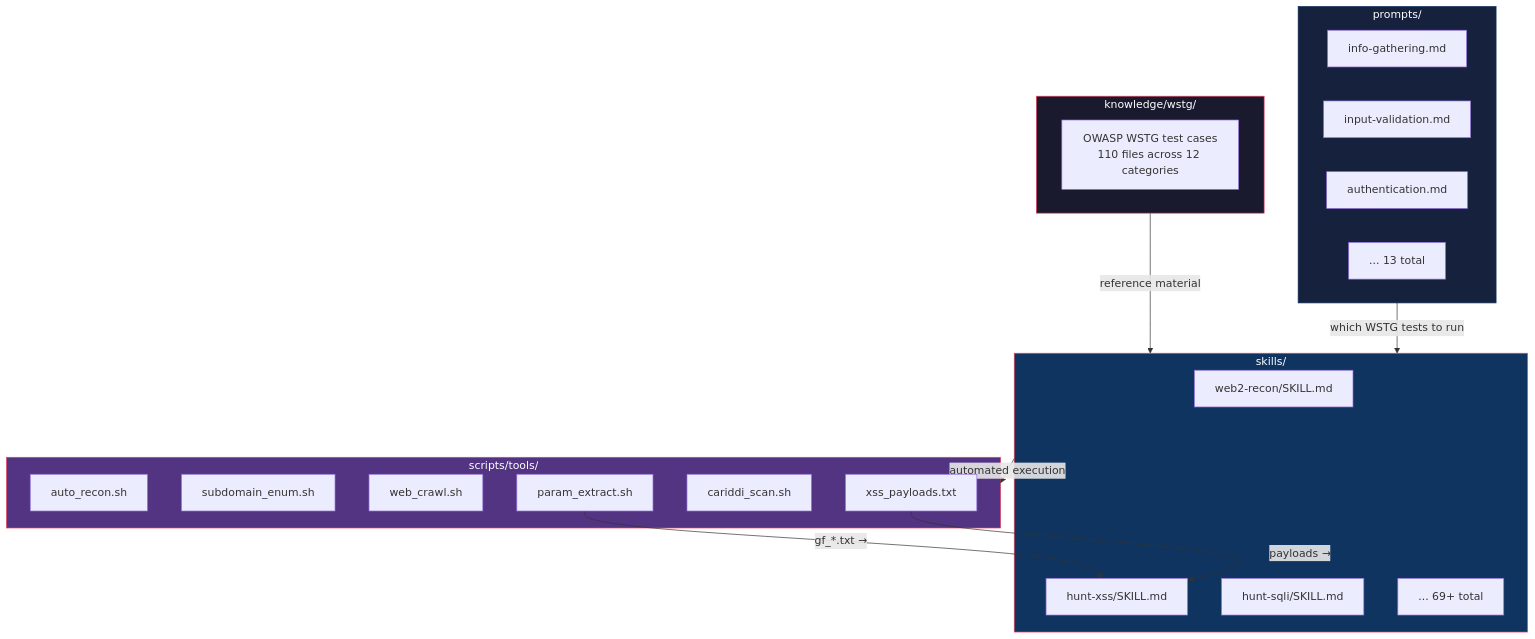
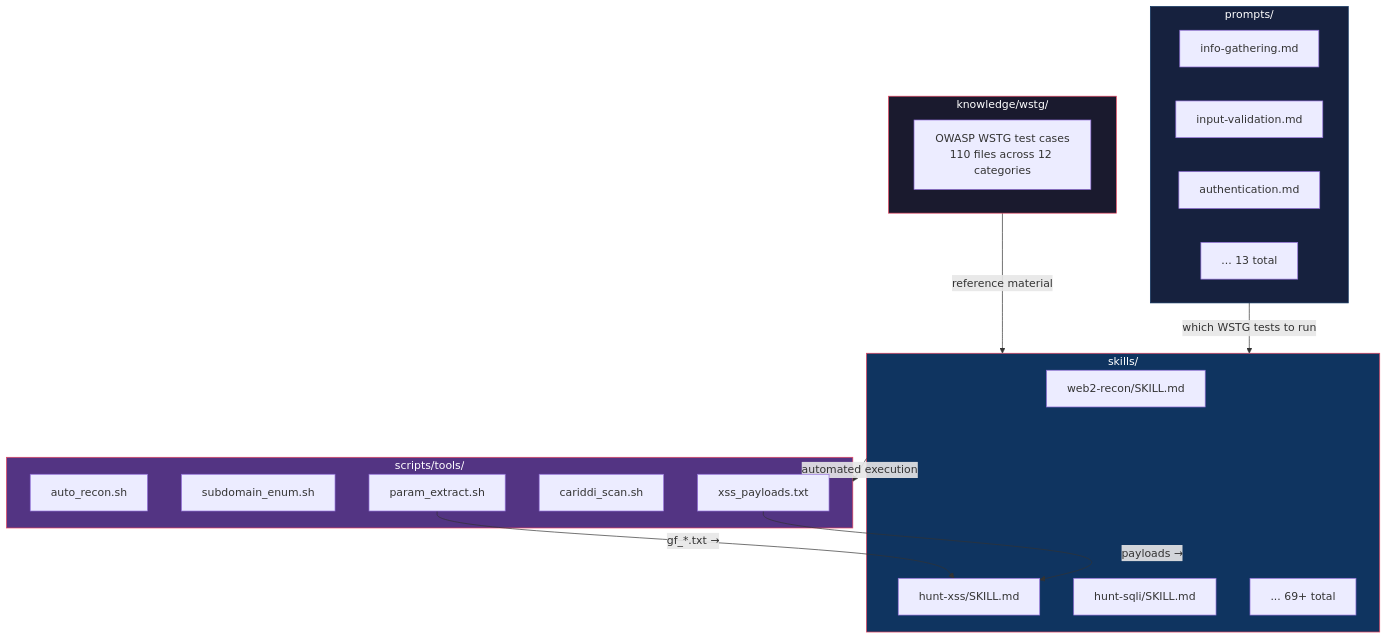
Before and after one commit to manojxshrestha/dristi: the diagram in scripts/tools/README.md, drawn with Mermaid. The commit also changed other lines of this file and 76 other files, not shown here.

````diff
--- a/scripts/tools/README.md
+++ b/scripts/tools/README.md
@@ -10,37 +10,36 @@
 ```mermaid
 graph TD
     subgraph WSTG["knowledge/wstg/"]
         W["OWASP WSTG test cases<br/>110 files across 12 categories"]
     end
     subgraph P["prompts/"]
         P1["info-gathering.md"]
         P2["input-validation.md"]
         P3["authentication.md"]
         P4["... 13 total"]
     end
     subgraph S["skills/"]
         S1["web2-recon/SKILL.md"]
         S2["hunt-xss/SKILL.md"]
         S3["hunt-sqli/SKILL.md"]
         S4["... 69+ total"]
     end
     subgraph T["scripts/tools/"]
         T1["auto_recon.sh"]
         T2["subdomain_enum.sh"]
-        T3["web_crawl.sh"]
         T4["param_extract.sh"]
         T5["cariddi_scan.sh"]
         T6["xss_payloads.txt"]
     end
 
     WSTG -->|"reference material"| S
     P -->|"which WSTG tests to run"| S
     S -->|"automated execution"| T
     T4 -->|"gf_*.txt →"| S2
     T6 -->|"payloads →"| S2
 
     style WSTG fill:#1a1a2e,stroke:#e94560,color:#fff
     style P fill:#16213e,stroke:#0f3460,color:#fff
     style S fill:#0f3460,stroke:#e94560,color:#fff
     style T fill:#533483,stroke:#e94560,color:#fff
 ```
````
